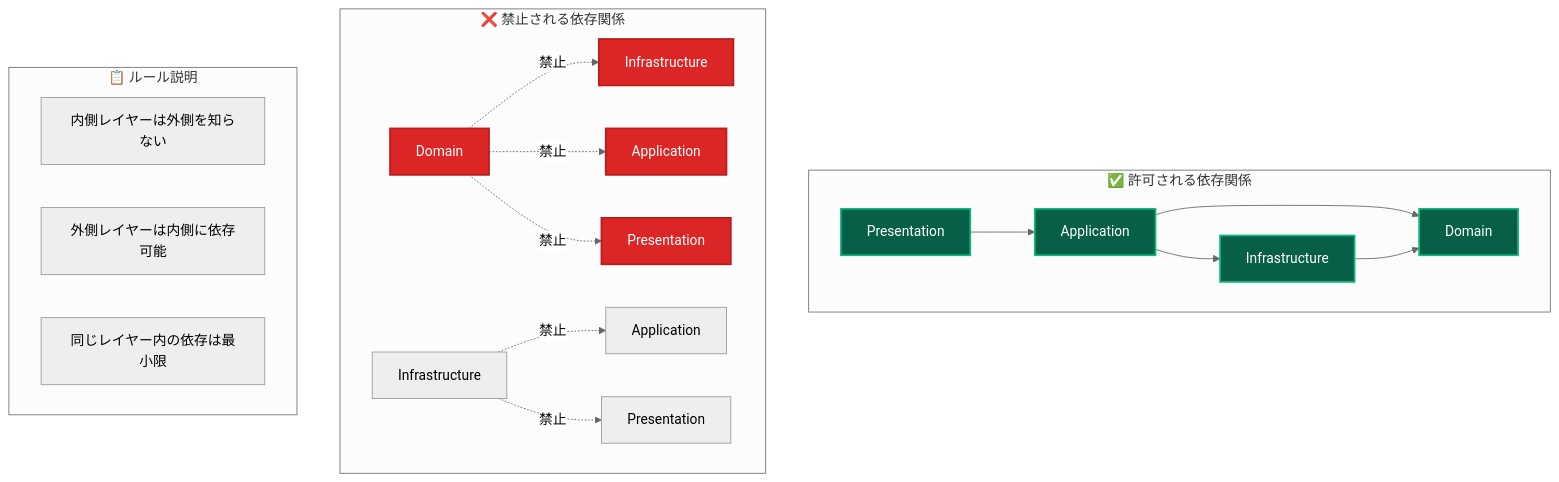
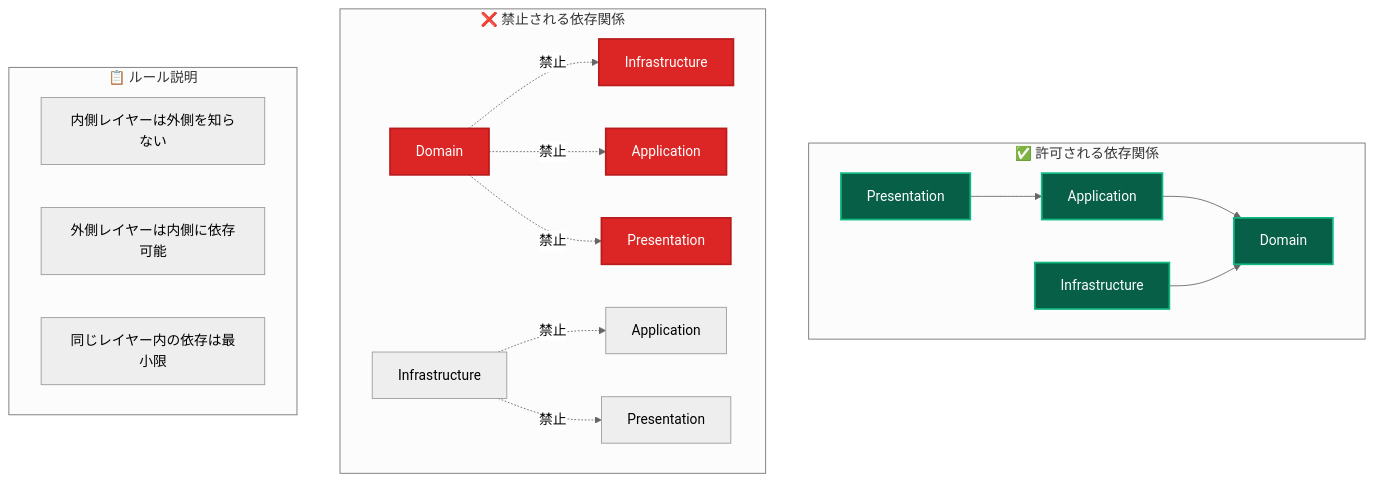
One commit to derushio/d-next-ddd-example changed the fourth of 14 diagrams in _DOCS/architecture/layers/overview.md. Above: the diagram before and after it, drawn with Mermaid (neutral theme). The commit also changed other lines of this file and 102 other files, not shown here.

````diff
--- a/_DOCS/architecture/layers/overview.md
+++ b/_DOCS/architecture/layers/overview.md
@@ -135,32 +135,31 @@
 ```mermaid
 graph TB
     subgraph "✅ 許可される依存関係"
         P1[Presentation] --> A1[Application]
         A1 --> D1[Domain]
-        A1 --> I1[Infrastructure]
-        I1 --> D1
+        I1[Infrastructure] --> D1
     end
 
     subgraph "❌ 禁止される依存関係"
         D2[Domain] -.->|禁止| I2[Infrastructure]
         D2 -.->|禁止| A2[Application]
         D2 -.->|禁止| P2[Presentation]
         I3[Infrastructure] -.->|禁止| A3[Application]
         I3 -.->|禁止| P3[Presentation]
     end
 
     subgraph "📋 ルール説明"
         RULE1[内側レイヤーは外側を知らない]
         RULE2[外側レイヤーは内側に依存可能]
         RULE3[同じレイヤー内の依存は最小限]
     end
 
     style P1 fill:#065f46,stroke:#10b981,stroke-width:2px,color:#ffffff
     style A1 fill:#065f46,stroke:#10b981,stroke-width:2px,color:#ffffff
     style D1 fill:#065f46,stroke:#10b981,stroke-width:2px,color:#ffffff
     style I1 fill:#065f46,stroke:#10b981,stroke-width:2px,color:#ffffff
     style D2 fill:#dc2626,stroke:#b91c1c,stroke-width:2px,color:#ffffff
     style I2 fill:#dc2626,stroke:#b91c1c,stroke-width:2px,color:#ffffff
     style A2 fill:#dc2626,stroke:#b91c1c,stroke-width:2px,color:#ffffff
     style P2 fill:#dc2626,stroke:#b91c1c,stroke-width:2px,color:#ffffff
 ```
````
